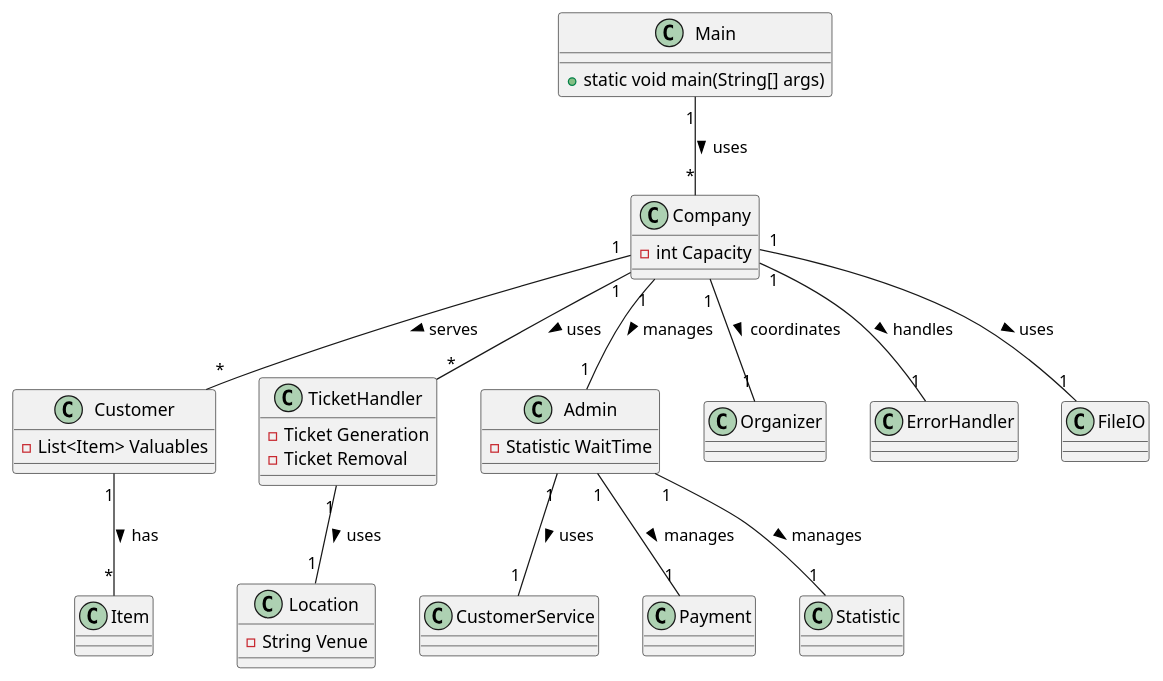
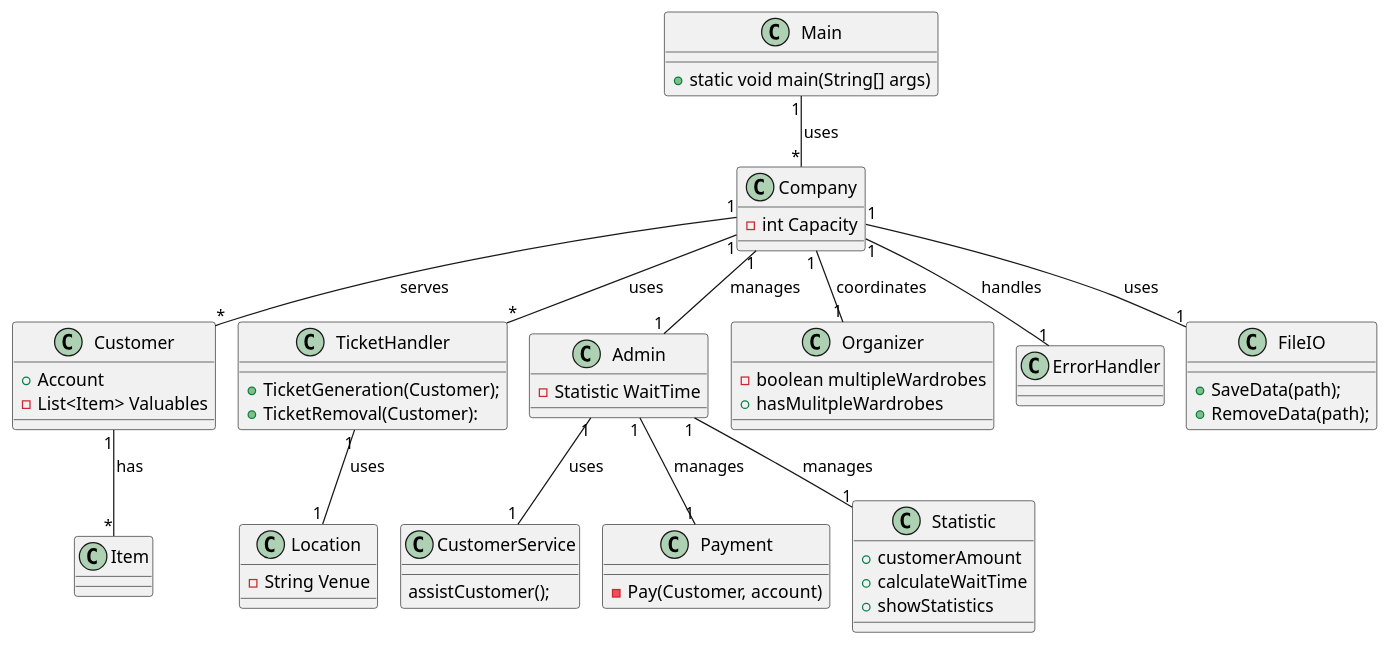
Before and after one commit to ValdemarLarsen02/IWardrobe: the diagram in doc/Plan/static/classdiagram_v1.puml, drawn with PlantUML. The commit also changed 12 other files, not shown here.

Commit message:
Sad lige 10 minutter og tilføjede lidt til klassediagrammet :D

```diff
--- a/doc/Plan/static/classdiagram_v1.puml
+++ b/doc/Plan/static/classdiagram_v1.puml
@@ -1,66 +1,80 @@
 @startuml
+!pragma layout smetana
 class Main{
 + static void main(String[] args)
 }
 
 
 
 class Customer {
+    + Account
     - List<Item> Valuables
 }
 
 class Company {
     - int Capacity
+
 }
 
 class TicketHandler {
-    - Ticket Generation
-    - Ticket Removal
+    + TicketGeneration(Customer);
+    + TicketRemoval(Customer):
 }
 
 class Admin {
     - Statistic WaitTime
 }
 
 class CustomerService {
+    assistCustomer();
 }
 
 class Payment {
+    -Pay(Customer, account)
 }
 
 class Organizer {
+    -boolean multipleWardrobes
+    +hasMulitpleWardrobes
 }
 
 class Location {
     - String Venue
 }
 
 class ErrorHandler {
 }
 
 class FileIO {
+    +SaveData(path);
+    +RemoveData(path);
 }
 
 class Item {
+
+
 }
 
 class Statistic {
+    +customerAmount
+    +calculateWaitTime
+    +showStatistics
 }
 
 Main "1" -- "*" Company : uses >
 Customer "1" -- "*" Item : has >
 
 Company "1" -- "*" Customer : serves >
 Company "1" -- "*" TicketHandler : uses >
 Company "1" -- "1" Admin : manages >
 Company "1" -- "1" Organizer : coordinates >
 Company "1" -- "1" ErrorHandler : handles >
 Company "1" -- "1" FileIO : uses >
 
 Admin "1" -- "1" CustomerService : uses >
 Admin "1" -- "1" Payment : manages >
 Admin "1" -- "1" Statistic : manages >
 
 TicketHandler "1" -- "1" Location : uses >
 
 @enduml
```
